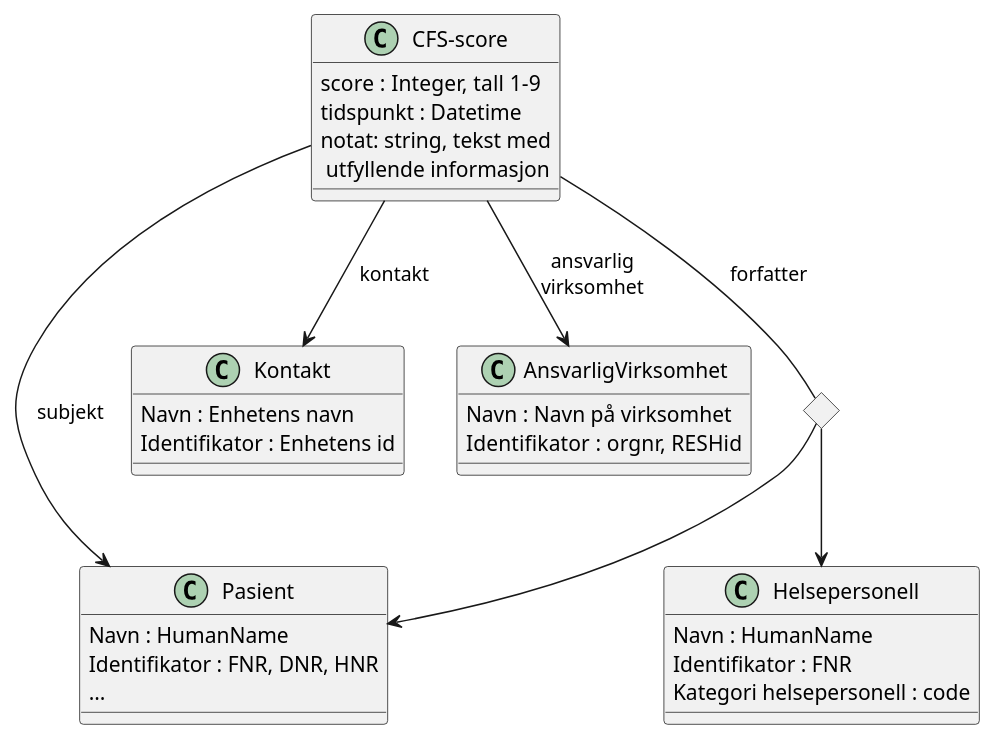
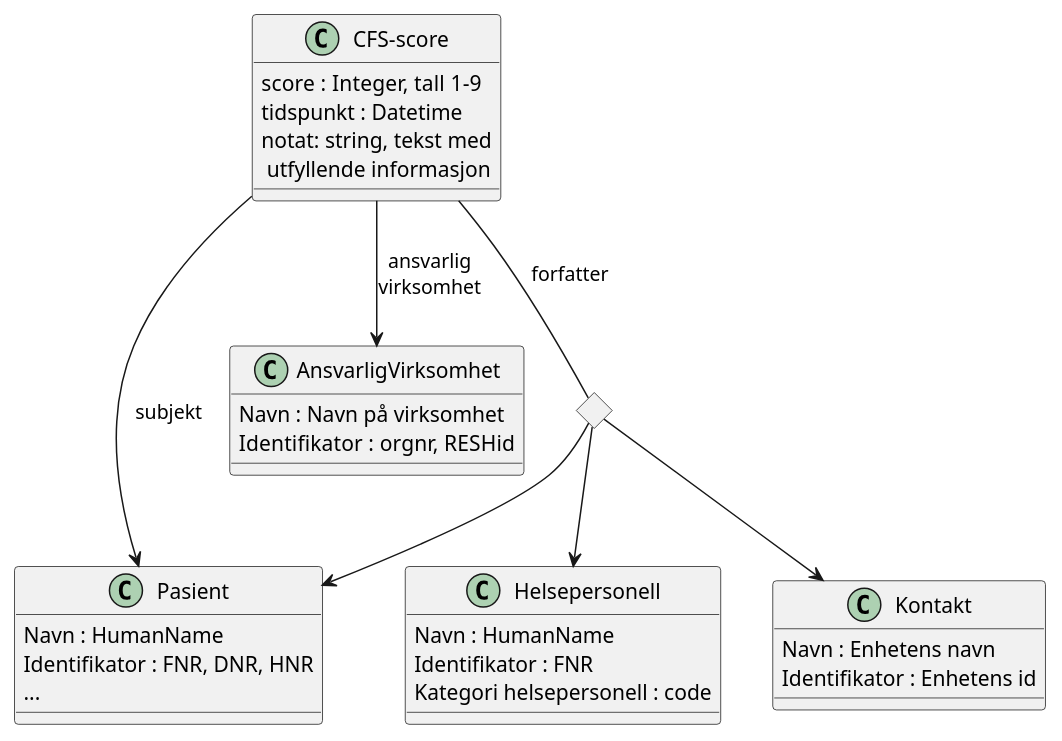
Before and after one commit to HL7Norway/VkpObservation: the diagram in VkpObservation/input/images-source/datamodell-cfs.plantuml, drawn with PlantUML.

Commit message:
justering

```diff
--- a/VkpObservation/input/images-source/datamodell-cfs.plantuml
+++ b/VkpObservation/input/images-source/datamodell-cfs.plantuml
@@ -1,39 +1,39 @@
 @startuml
 class "CFS-score"{
    score : Integer, tall 1-9
    tidspunkt : Datetime
    notat: string, tekst med\n utfyllende informasjon
 }
 
 class Pasient {
    Navn : HumanName
    Identifikator : FNR, DNR, HNR
    ...
 }
 
 Class Helsepersonell {
    Navn : HumanName
    Identifikator : FNR
    Kategori helsepersonell : code
 }
 
 Class Kontakt {
    Navn : Enhetens navn
    Identifikator : Enhetens id
 }
 
 Class AnsvarligVirksomhet {
    Navn : Navn på virksomhet
    Identifikator : orgnr, RESHid
 }
 
 <> diamond
 
 "CFS-score" --> Pasient :subjekt
 "CFS-score" -- diamond :forfatter
-"CFS-score" --> Kontakt :kontakt
 diamond --> Helsepersonell
 diamond --> Pasient
+diamond --> Kontakt
 "CFS-score" --> AnsvarligVirksomhet :ansvarlig\nvirksomhet
 
 @enduml
```
